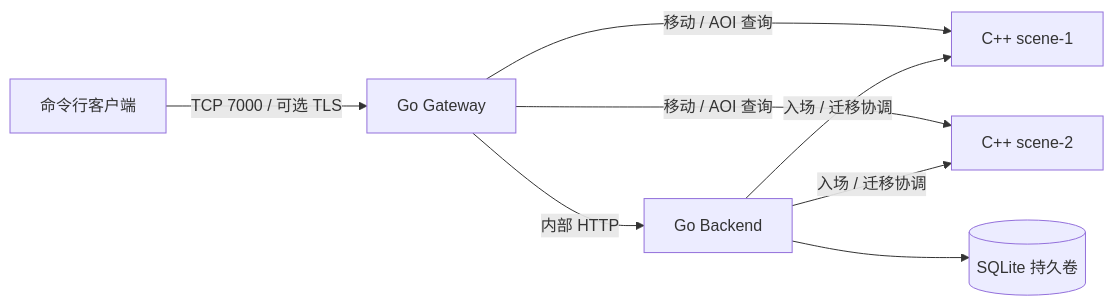
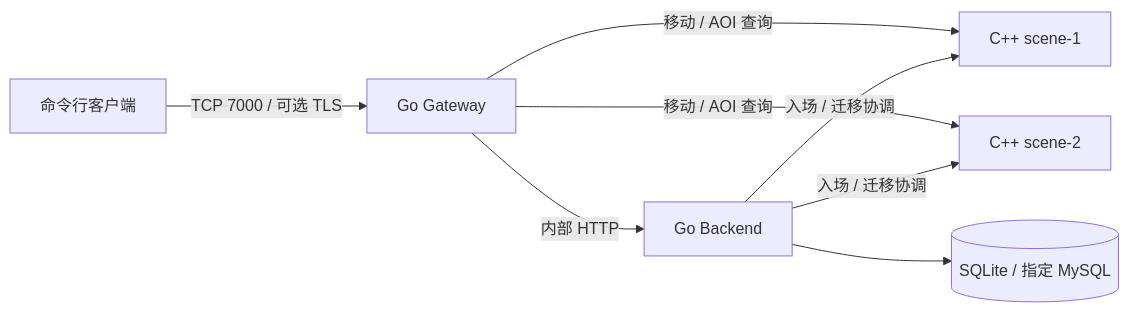
The diagram in README.md (dravenlove/mmo-server), drawn with Mermaid before and after one commit. The commit also changed other lines of this file and 24 other files, not shown here.

````diff
--- a/README.md
+++ b/README.md
@@ -16,10 +16,10 @@
 ```mermaid
 flowchart LR
     C[命令行客户端] -->|TCP 7000 / 可选 TLS| G[Go Gateway]
     G -->|内部 HTTP| B[Go Backend]
     G -->|移动 / AOI 查询| S1[C++ scene-1]
     G -->|移动 / AOI 查询| S2[C++ scene-2]
     B -->|入场 / 迁移协调| S1
     B -->|入场 / 迁移协调| S2
-    B --> D[(SQLite 持久卷)]
+    B --> D[(SQLite / 指定 MySQL)]
 ```
````
